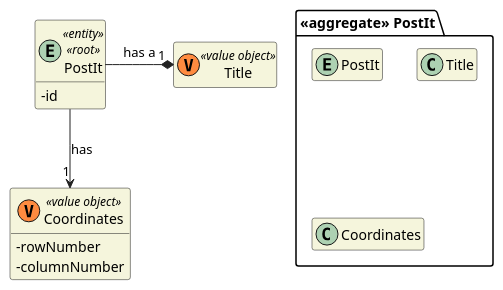
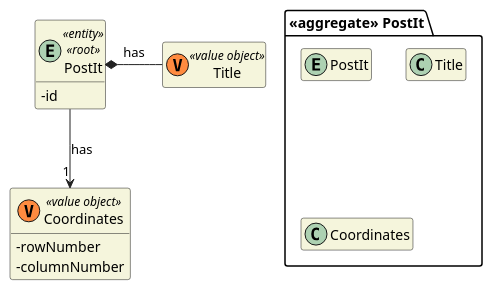
The diagram in docs/DM/DM_PostIt.puml (miseEnPlace-dev/lapr4), drawn with PlantUML before and after one commit. The commit also changed 7 other files, not shown here.

```diff
--- a/docs/DM/DM_PostIt.puml
+++ b/docs/DM/DM_PostIt.puml
@@ -1,33 +1,32 @@
-@startuml DM-POSTIT
+@startuml DM-POST-IT
 'https://plantuml.com/class-diagram
 
 skinparam classAttributeIconSize 0
 hide empty attributes
 hide empty methods
 skinparam classBackgroundColor beige
 skinparam ArrowColor #222222
 
 package "<<aggregate>> PostIt" {
     entity PostIt
 
     class Title
 
     class Coordinates
 }
 
 entity PostIt <<entity>> <<root>>{ 
     -id 
 }
 
 class Title <<(V,#FF8B40) value object>> {}
 
-
 class Coordinates <<(V,#FF8B40) value object>> {
     -rowNumber
     -columnNumber    
 }
 
-PostIt -* "1" Title : has a
+PostIt *- Title : has
 PostIt --> "1" Coordinates : has
 
 @enduml
```
